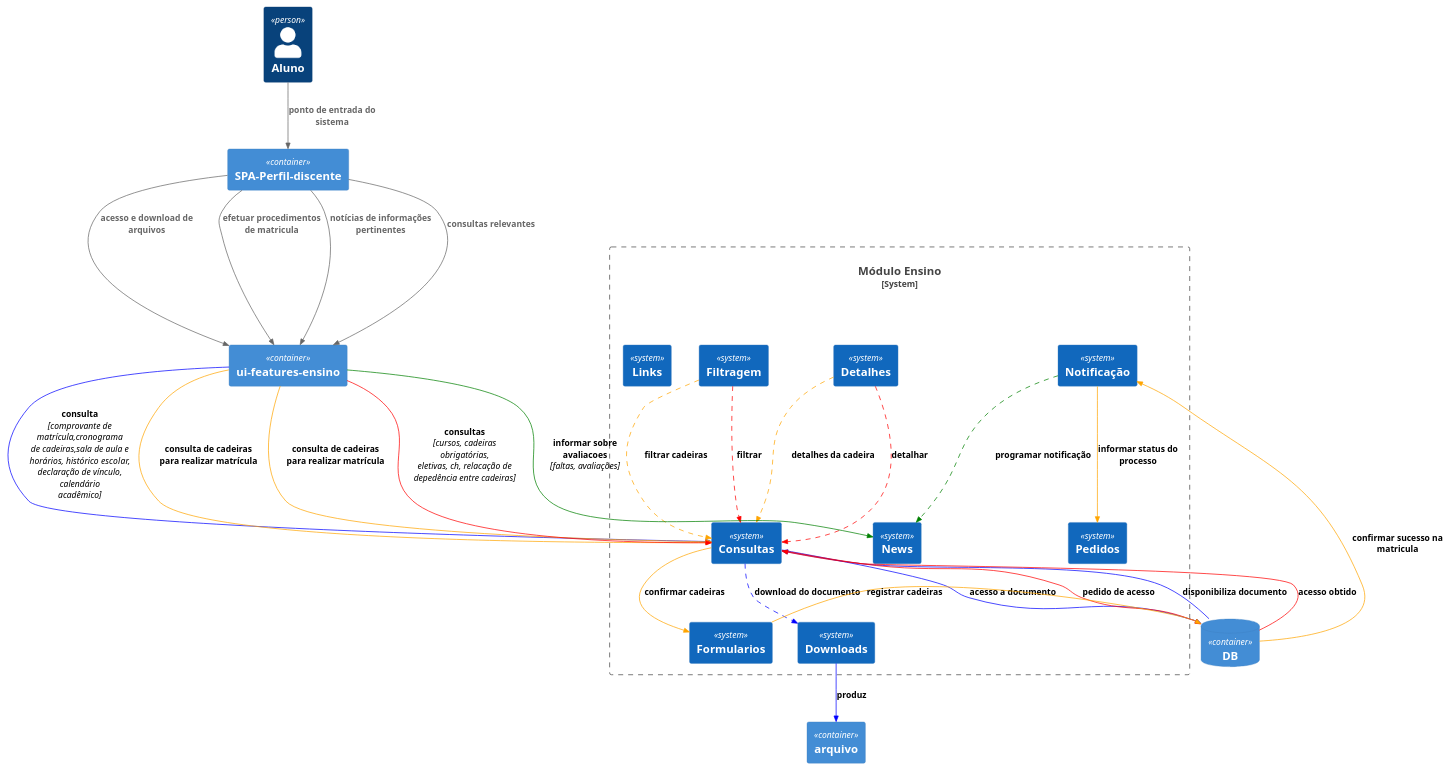
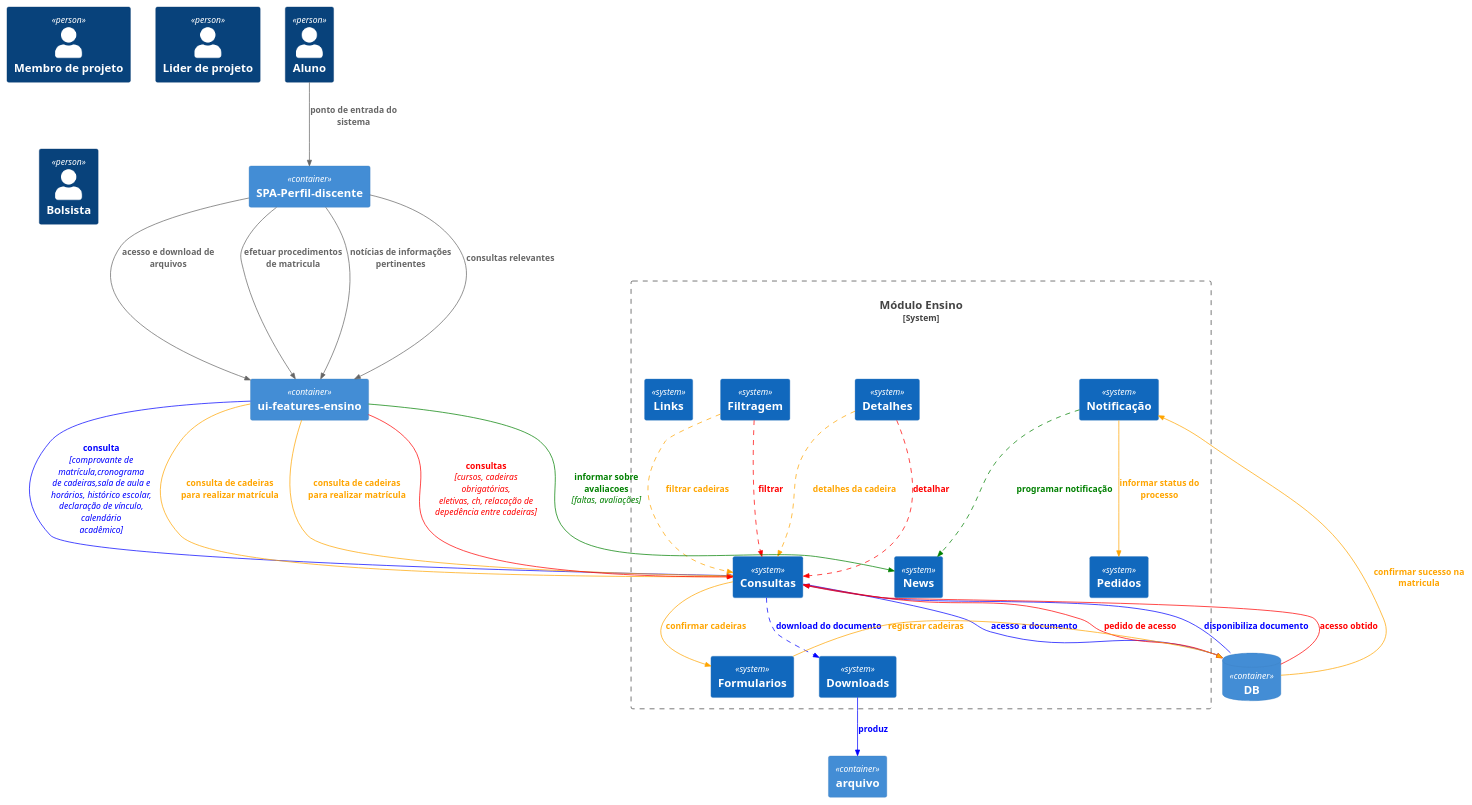
Before and after one commit to EGmux/APS-2023.2-SIGAA: the diagram in resources/BCEnsino/diagramaC4SsystemViewEnsino.puml, drawn with PlantUML.

Commit message:
update(BCEnsino/diagramaC4SsystemViewEnsino.md): atualiza cor das fontes para cada grupo de funcioniladed, facilitando leitura do fluxo

```diff
--- a/resources/BCEnsino/diagramaC4SsystemViewEnsino.puml
+++ b/resources/BCEnsino/diagramaC4SsystemViewEnsino.puml
@@ -1,69 +1,74 @@
 @startuml C4_Elements
 !include <C4/C4_Container>
 
 Person(aluno, "Aluno")
 
-AddRelTag("u1d", $textColor="black", $lineColor="blue", $lineStyle = DashedLine())
-AddRelTag("u1", $textColor="black", $lineColor="blue")
-AddRelTag("u2d", $textColor="black", $lineColor="orange", $lineStyle = DashedLine())
-AddRelTag("u2", $textColor="black", $lineColor="orange")
-AddRelTag("u3d", $textColor="black", $lineColor="green", $lineStyle = DashedLine())
-AddRelTag("u3", $textColor="black", $lineColor="green")
-AddRelTag("u4d", $textColor="black", $lineColor="purple", $lineStyle = DashedLine())
-AddRelTag("u4", $textColor="black", $lineColor="purple")
-AddRelTag("u5d", $textColor="black", $lineColor="red", $lineStyle = DashedLine())
-AddRelTag("u5", $textColor="black", $lineColor="red")
+Person(membrosDeProjeto, "Membro de projeto")
+Person(liderDeProjeto, "Lider de projeto")
+Person(bolsista, "Bolsista")
+Person(aluno, "Aluno")
+
+AddRelTag("u1d", $textColor="blue", $lineColor="blue", $lineStyle = DashedLine())
+AddRelTag("u1", $textColor="blue", $lineColor="blue")
+AddRelTag("u2d", $textColor="orange", $lineColor="orange", $lineStyle = DashedLine())
+AddRelTag("u2", $textColor="orange", $lineColor="orange")
+AddRelTag("u3d", $textColor="green", $lineColor="green", $lineStyle = DashedLine())
+AddRelTag("u3", $textColor="green", $lineColor="green")
+AddRelTag("u4d", $textColor="purple", $lineColor="purple", $lineStyle = DashedLine())
+AddRelTag("u4", $textColor="purple", $lineColor="purple")
+AddRelTag("u5d", $textColor="red", $lineColor="red", $lineStyle = DashedLine())
+AddRelTag("u5", $textColor="red", $lineColor="red")
 
 Container(spadis, "SPA-Perfil-discente")
 ContainerDb(db, "DB", "", "")
 Container(resource, "arquivo", "", "")
 Container(md, "ui-features-ensino", "", "")
 System_Boundary(c1,Módulo Ensino){
 
 System(statusSistema, "Pedidos")
 System(notificacaoSistema, "Notificação")
 System(descricaoSistema, "Detalhes")
 
 ' System(regrasNegocioSistema, "Regras de negócio")
 System(filtragemSistema, "Filtragem")
 System(consultaSistemas, "Consultas")
 System(linksSistema, "Links")
 System(formulariosSistema, "Formularios")
 System(downloadsSistema, "Downloads")
 System(newsSistema, "News")
 }
 'filtrar projetos de extensão baseado em certo critério
 Rel(aluno, spadis, "ponto de entrada do sistema")
 Rel(spadis, md, "acesso e download de arquivos")
 Rel(md, consultaSistemas,"consulta", "comprovante de matrícula,cronograma de cadeiras,sala de aula e horários, histórico escolar, declaração de vínculo, calendário acadêmico", $tags="u1")
 Rel(consultaSistemas, db,"acesso a documento", $tags="u1")
 Rel(db, consultaSistemas,"disponibiliza documento", $tags="u1")
 Rel(consultaSistemas, downloadsSistema,"download do documento", $tags="u1d")
 Rel(downloadsSistema, resource,"produz", $tags="u1")
 
 'matricula nas cadeiras
 Rel(spadis, md, "efetuar procedimentos de matricula")
 Rel(md, consultaSistemas,"consulta de cadeiras para realizar matrícula", $tags="u2")
 Rel(filtragemSistema, consultaSistemas,"filtrar cadeiras", $tags="u2d")
 Rel(descricaoSistema, consultaSistemas,"detalhes da cadeira", $tags="u2d")
 Rel(consultaSistemas, formulariosSistema,"confirmar cadeiras", $tags="u2")
 Rel(formulariosSistema, db,"registrar cadeiras", $tags="u2")
 Rel(db, notificacaoSistema,"confirmar sucesso na matricula", $tags="u2")
 Rel(notificacaoSistema, statusSistema,"informar status do processo", $tags="u2")
 
 'quando terá availação, faltas etc
 Rel(spadis, md, "notícias de informações pertinentes")
 Rel(md, consultaSistemas,"consulta de cadeiras para realizar matrícula", $tags="u2")
 Rel(md, newsSistema,"informar sobre avaliacoes", "faltas, avaliações",$tags="u3")
 Rel(notificacaoSistema,newsSistema,"programar notificação", $tags="u3d")
 
 'consulta de informações relevantes ao curso
 Rel(spadis, md, "consultas relevantes")
 Rel(md, consultaSistemas,"consultas", "cursos, cadeiras obrigatórias, eletivas, ch, relacação de depedência entre cadeiras",$tags="u5")
 Rel(filtragemSistema,consultaSistemas,"filtrar" ,$tags="u5d")
 Rel(descricaoSistema,consultaSistemas,"detalhar" ,$tags="u5d")
 Rel(consultaSistemas,db,"pedido de acesso" ,$tags="u5")
 Rel(db,consultaSistemas,"acesso obtido" ,$tags="u5")
 
 
 @enduml
```
